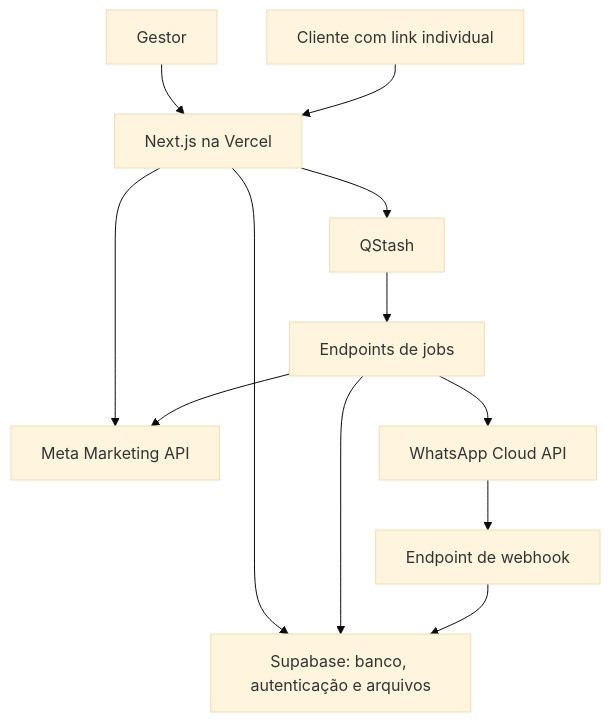
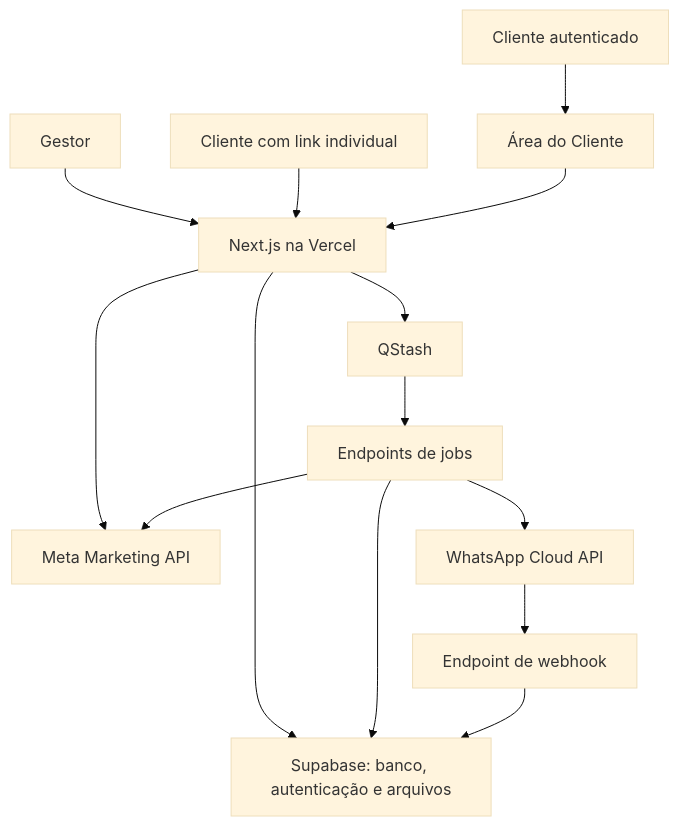
One commit to igrowdigitalmkt/iGrow-Reports changed the diagram in docs/PLANEJAMENTO_V1.md. Above: the diagram before and after it, drawn with Mermaid (base theme). The commit also changed other lines of this file and 22 other files, not shown here.

````diff
--- a/docs/PLANEJAMENTO_V1.md
+++ b/docs/PLANEJAMENTO_V1.md
@@ -201,14 +218,16 @@
 ```mermaid
 flowchart TD
     A["Gestor"] --> B["Next.js na Vercel"]
     B --> C["Supabase: banco, autenticação e arquivos"]
     B --> D["Meta Marketing API"]
     B --> E["QStash"]
     E --> F["Endpoints de jobs"]
     F --> C
     F --> D
     F --> G["WhatsApp Cloud API"]
     G --> H["Endpoint de webhook"]
     H --> C
     I["Cliente com link individual"] --> B
+    J["Cliente autenticado"] --> K["Área do Cliente"]
+    K --> B
 ```
````
